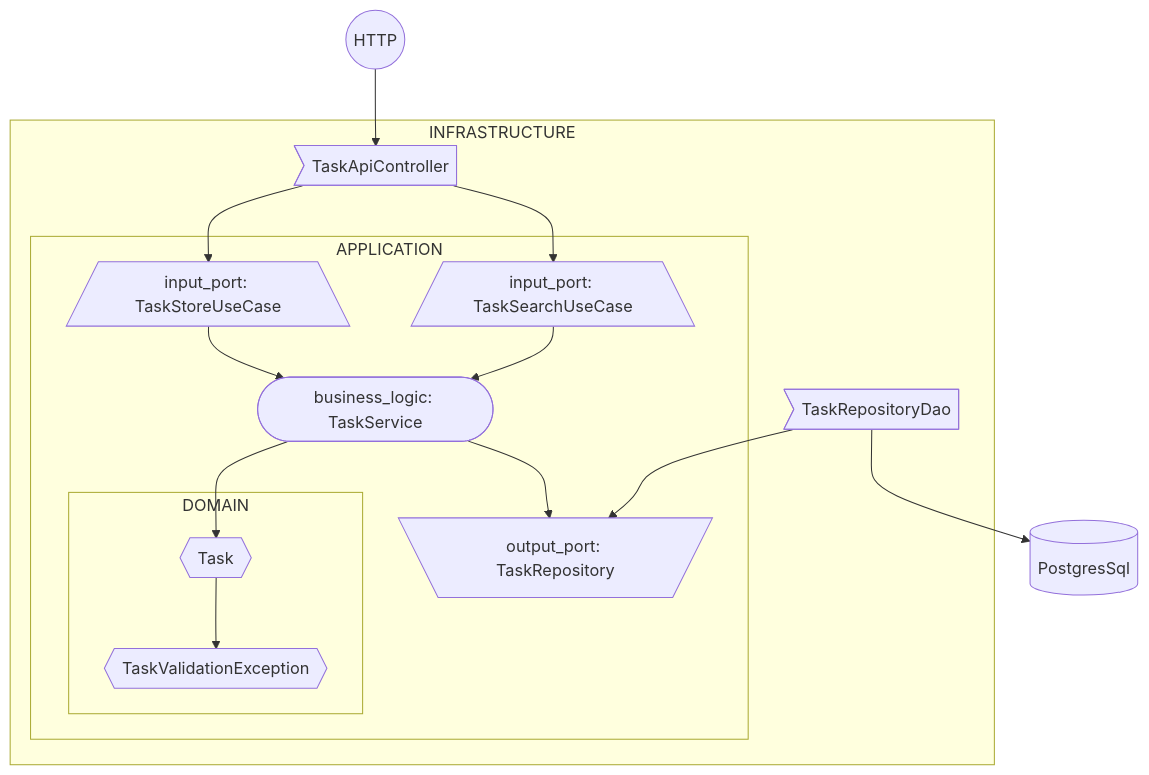
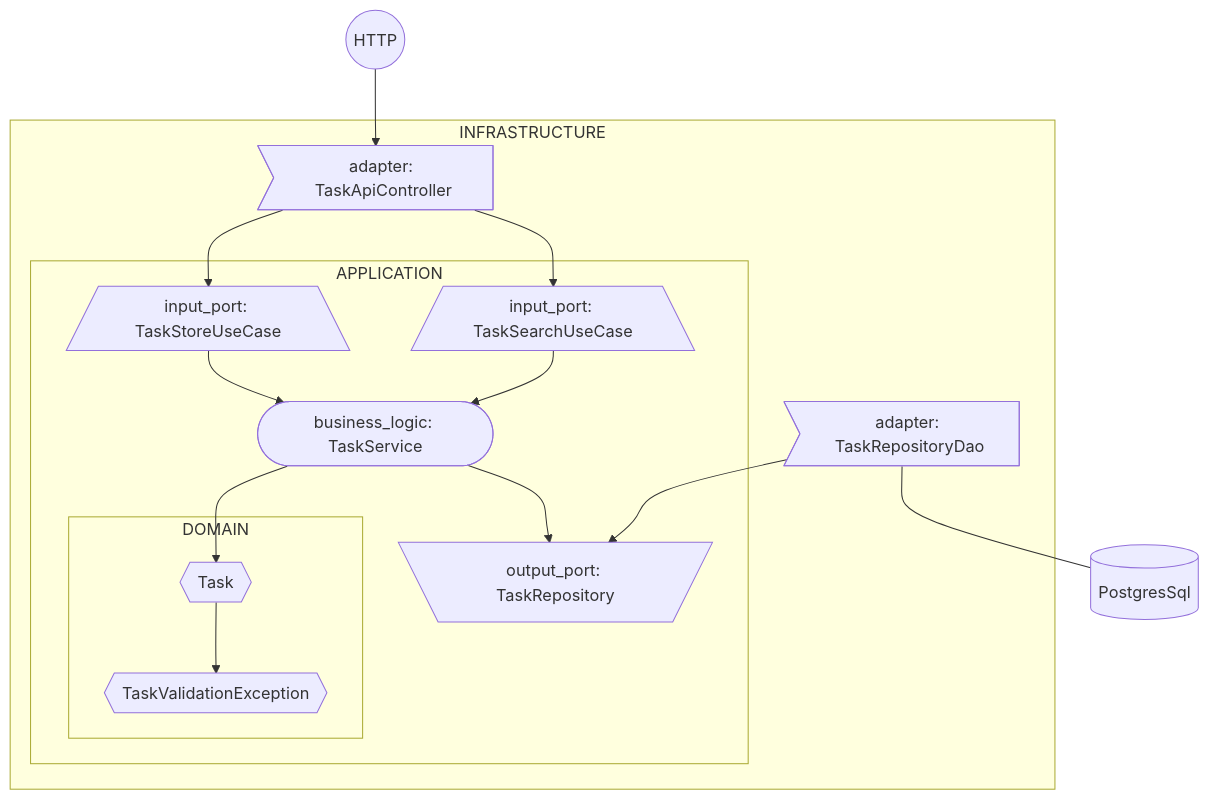
The diagram in README.md (diocorrea/base-kotlin-spring-postgres-template), drawn with Mermaid before and after one commit. The commit also changed other lines of this file and 1 other file, not shown here.

````diff
--- a/README.md
+++ b/README.md
@@ -16,44 +35,43 @@
-```mermaid
-%%{init: {'theme':'base''themeVariables': { 'primaryColor': '#ffcccc', 'edgeLabelBackground':'#ffffee', 'tertiaryColor': '#fff0f0'}}}%%
+```mermaid 
+%%{init: {'themeVariables': { 'primaryColor': '#ffcccc', 'edgeLabelBackground':'#ffffee', 'tertiaryColor': '#fff0f0'}}}%%
         graph TD
-          
           
           Task{{Task}}
           TaskValidationException{{TaskValidationException}}
           
           TaskService(["business_logic: TaskService"])
           TaskSearchUseCase[/"input_port: TaskSearchUseCase"\]
           TaskStoreUseCase[/"input_port: TaskStoreUseCase"\]
           TaskRepository[\"output_port: TaskRepository"/]
           
-          TaskRepositoryDao>TaskRepositoryDao]
-          TaskApiController>TaskApiController]
+          TaskRepositoryDao>adapter: TaskRepositoryDao]
+          TaskApiController>adapter: TaskApiController]
           
           TaskApiController --> TaskSearchUseCase
           TaskApiController --> TaskStoreUseCase
           TaskStoreUseCase --> TaskService
           TaskSearchUseCase --> TaskService
           TaskService --> Task
           Task --> TaskValidationException
           TaskService --> TaskRepository
           TaskRepositoryDao --> TaskRepository
-          TaskRepositoryDao --> Postgres[(PostgresSql)]
+          TaskRepositoryDao --- Postgres[(PostgresSql)]
           HTTP((HTTP)) --> TaskApiController
           
           subgraph INFRASTRUCTURE
               TaskApiController
               TaskRepositoryDao
               subgraph APPLICATION
                 TaskSearchUseCase
                 TaskStoreUseCase
                 TaskService
                 TaskRepository
                   subgraph DOMAIN
                     Task
                     TaskValidationException
                   end
               end
               
           end
 
 ```
````
